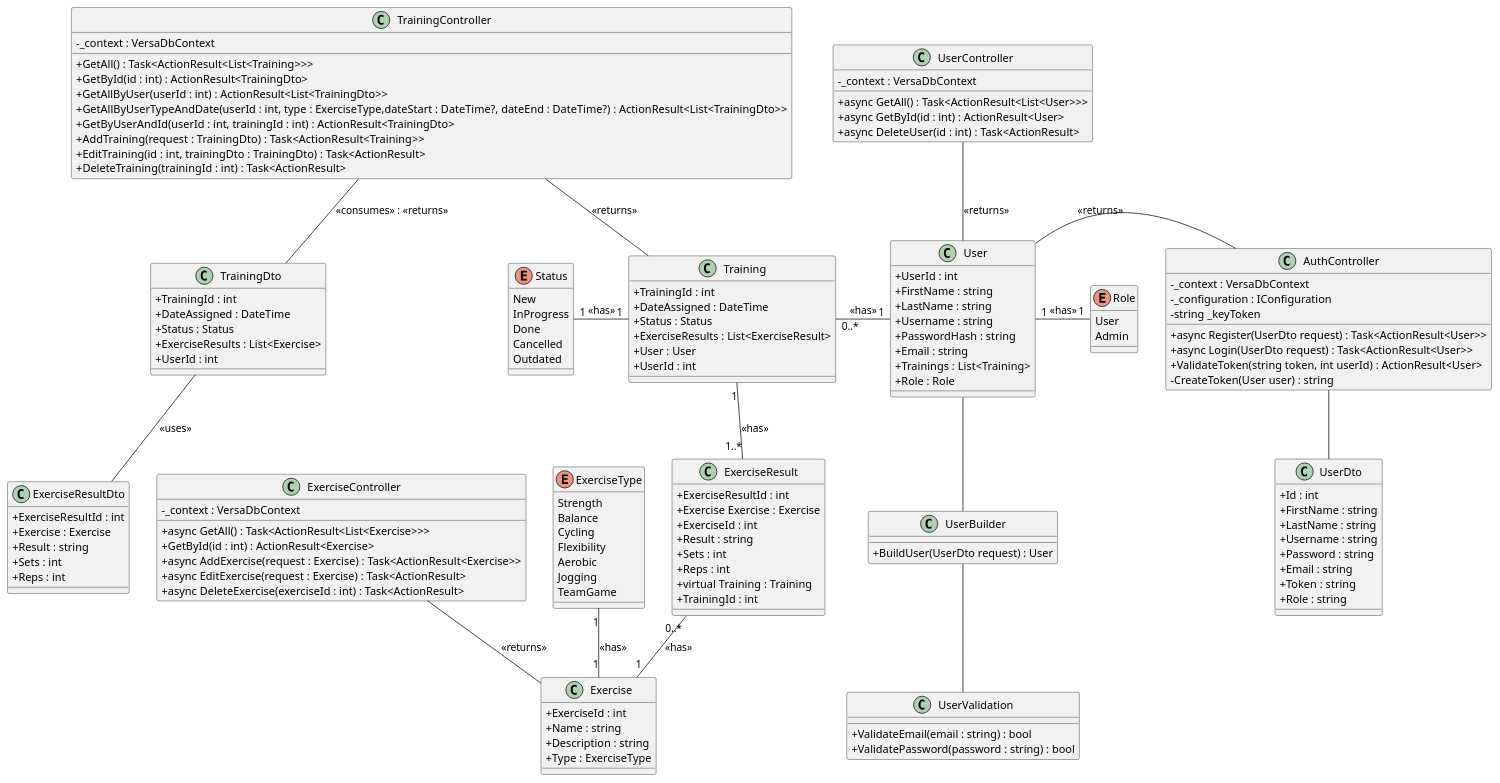
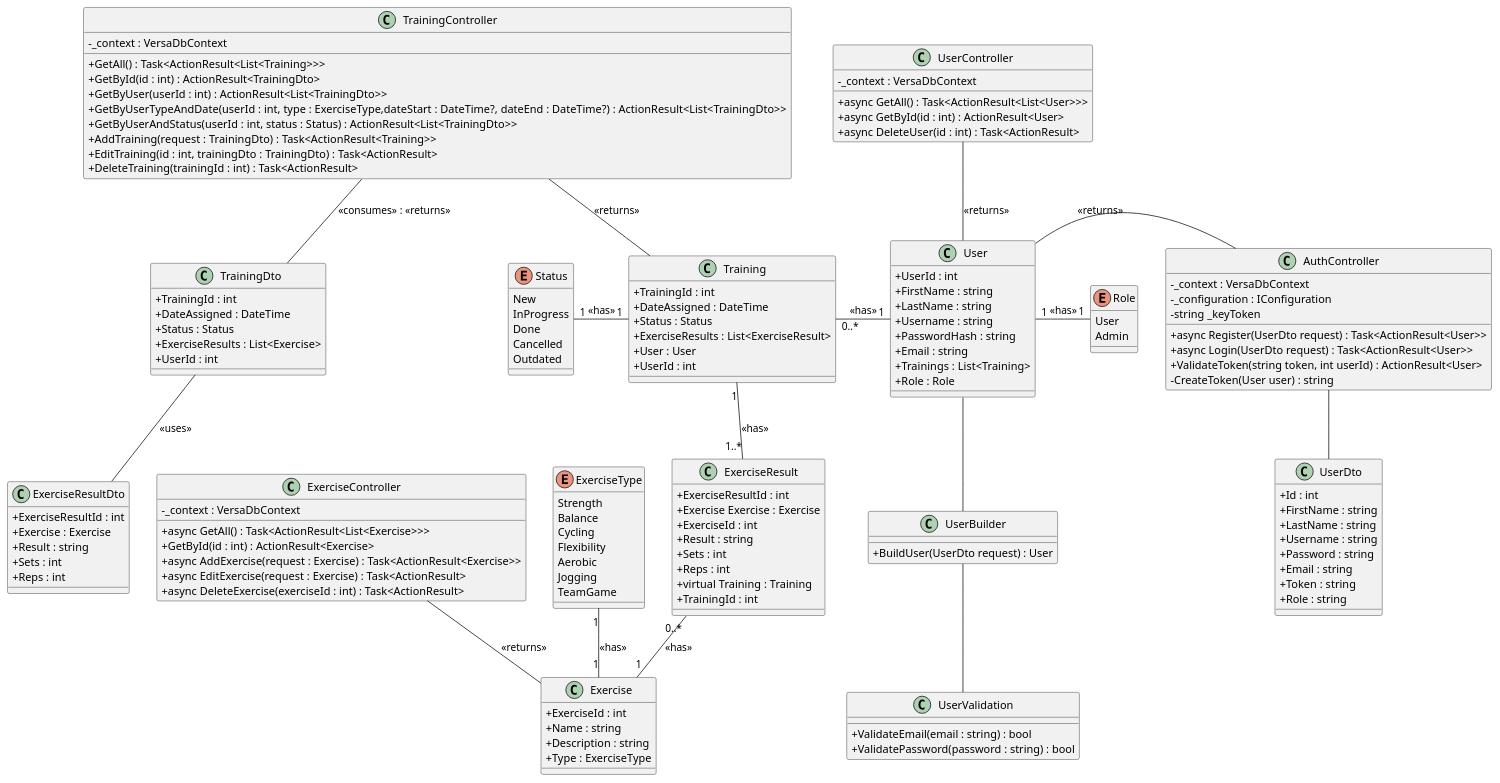
One commit to bedziox/VersaLog changed the second of 12 diagrams in docs/Documentation.puml. Above: the diagram before and after it, drawn with PlantUML.

Commit message:
FEAT: docs update according to BE changes

```diff
--- a/docs/Documentation.puml
+++ b/docs/Documentation.puml
@@ -46,163 +46,163 @@
 @startuml ServerClassDiagram
 skinparam classAttributeIconSize 0
 class AuthController {
   - _context : VersaDbContext 
   - _configuration : IConfiguration 
   - string _keyToken  
   + async Register(UserDto request) : Task<ActionResult<User>>
   + async Login(UserDto request) : Task<ActionResult<User>>
   + ValidateToken(string token, int userId) : ActionResult<User>
   - CreateToken(User user) : string
 }
 
 class ExerciseController {
   - _context : VersaDbContext
   + async GetAll() : Task<ActionResult<List<Exercise>>>
   + GetById(id : int) : ActionResult<Exercise>
   + async AddExercise(request : Exercise) : Task<ActionResult<Exercise>>
   + async EditExercise(request : Exercise) : Task<ActionResult>
   + async DeleteExercise(exerciseId : int) : Task<ActionResult>
 }
 
 class TrainingController {
   - _context : VersaDbContext
   + GetAll() : Task<ActionResult<List<Training>>>
   + GetById(id : int) : ActionResult<TrainingDto>
-  + GetAllByUser(userId : int) : ActionResult<List<TrainingDto>>
-  + GetAllByUserTypeAndDate(userId : int, type : ExerciseType,dateStart : DateTime?,  dateEnd : DateTime?) : ActionResult<List<TrainingDto>>
-  + GetByUserAndId(userId : int, trainingId : int) : ActionResult<TrainingDto>
+  + GetByUser(userId : int) : ActionResult<List<TrainingDto>>
+  + GetByUserTypeAndDate(userId : int, type : ExerciseType,dateStart : DateTime?,  dateEnd : DateTime?) : ActionResult<List<TrainingDto>>
+  + GetByUserAndStatus(userId : int, status : Status) : ActionResult<List<TrainingDto>>
   + AddTraining(request : TrainingDto) : Task<ActionResult<Training>>
   + EditTraining(id : int, trainingDto : TrainingDto) : Task<ActionResult>
   + DeleteTraining(trainingId : int) : Task<ActionResult>
 }
 
 class UserController {
   - _context : VersaDbContext
   + async GetAll() : Task<ActionResult<List<User>>>
   + async GetById(id : int) : ActionResult<User>
   + async DeleteUser(id : int) : Task<ActionResult>
 }
 
 class UserDto {
   + Id : int
   + FirstName : string
   + LastName : string
   + Username : string
   + Password : string
   + Email : string
   + Token : string
   + Role : string
 }
 
 class TrainingDto {
   + TrainingId : int
   + DateAssigned : DateTime
   + Status : Status
   + ExerciseResults : List<Exercise>
   + UserId : int
 }
 
 class ExerciseResult{
     + ExerciseResultId : int
     + Exercise Exercise : Exercise
     + ExerciseId : int
     + Result : string
     + Sets : int
     + Reps : int
     + virtual Training : Training
     + TrainingId : int
 }
 
 class ExerciseResultDto{
     + ExerciseResultId : int
     + Exercise : Exercise
     + Result : string
     + Sets : int
     + Reps : int
 }
 
 class UserBuilder {
   + BuildUser(UserDto request) : User
 }
 
 class UserValidation {
   + ValidateEmail(email : string) : bool
   + ValidatePassword(password : string) : bool
 }
 
 class Exercise {
   + ExerciseId : int
   + Name : string
   + Description : string
   + Type : ExerciseType
 }
 
 class Training {
   + TrainingId : int
   + DateAssigned : DateTime
   + Status : Status
   + ExerciseResults : List<ExerciseResult>
   + User : User
   + UserId : int
 }
 
 class User {
   + UserId : int
   + FirstName : string
   + LastName : string
   + Username : string
   + PasswordHash : string
   + Email : string
   + Trainings : List<Training>
   + Role : Role
 }
 
 enum ExerciseType {
   Strength
   Balance
   Cycling
   Flexibility
   Aerobic
   Jogging
   TeamGame
 }
 
 enum Status {
   New
   InProgress
   Done
   Cancelled
   Outdated
 }
 
 enum Role{
     User
     Admin
 }
 
 UserBuilder -up- User
 
 AuthController -- UserDto
 
 UserValidation -up- UserBuilder
 
 TrainingDto -up- TrainingController : <<consumes>> : <<returns>> 
 
 Status  "1" - "1" Training : <<has>>
 
 ExerciseType  "1"--"1" Exercise : <<has>>
 
 User "1"--left- "0..*" Training : <<has>>
 User "1"-"1" Role : <<has>>
 Training "1"--"1..*" ExerciseResult : <<has>>
 ExerciseResult "0..*"--"1" Exercise : <<has>>
 
 AuthController -left- User : <<returns>>
 ExerciseController -- Exercise : <<returns>>
 TrainingController -- Training : <<returns>>
 TrainingDto -down- ExerciseResultDto : <<uses>>
 UserController -- User : <<returns>>
 
 
 
 @enduml
```
